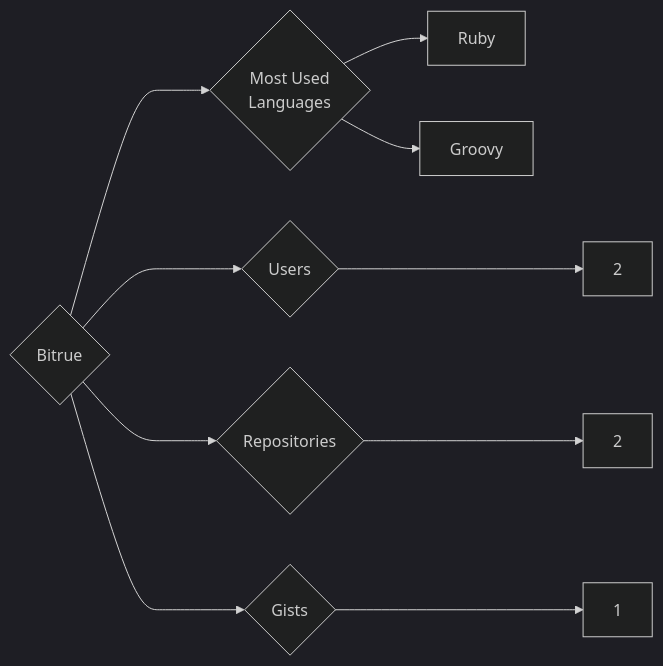
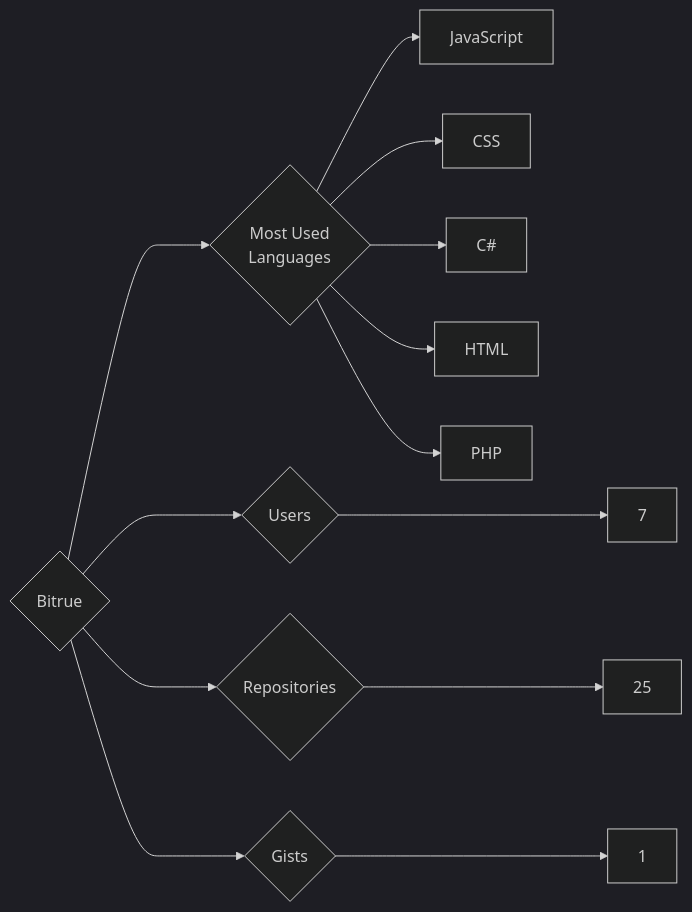
The diagram in targets/Bitrue/README.md (trickest/insiders), drawn with Mermaid (dark theme) before and after one commit. The commit also changed 773 other files, not shown here.

````diff
--- a/targets/Bitrue/README.md
+++ b/targets/Bitrue/README.md
@@ -3,10 +3,13 @@
 ```mermaid
 graph LR
 COMPANY_NAME{Bitrue}
-COMPANY_NAME ---> U{Users} ---> UN[2]
-COMPANY_NAME ---> R{Repositories} ---> RN[2]
+COMPANY_NAME ---> U{Users} ---> UN[7]
+COMPANY_NAME ---> R{Repositories} ---> RN[25]
 COMPANY_NAME ---> G{Gists} ---> GN[1]
 COMPANY_NAME ---> ML{Most Used<br>Languages}
-ML --> Ruby[Ruby]
-ML --> Groovy[Groovy]
+ML --> JavaScript[JavaScript]
+ML --> CSS[CSS]
+ML --> C#[C#]
+ML --> HTML[HTML]
+ML --> PHP[PHP]
 ```
````
